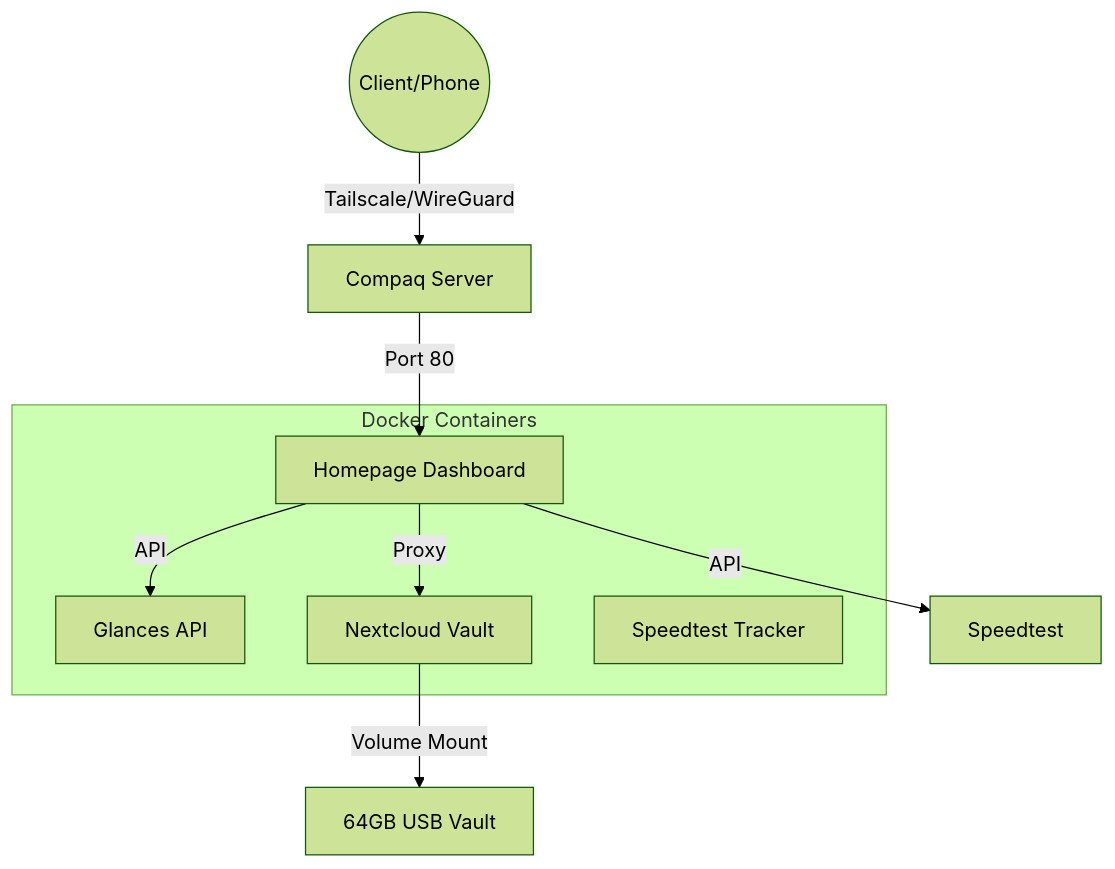
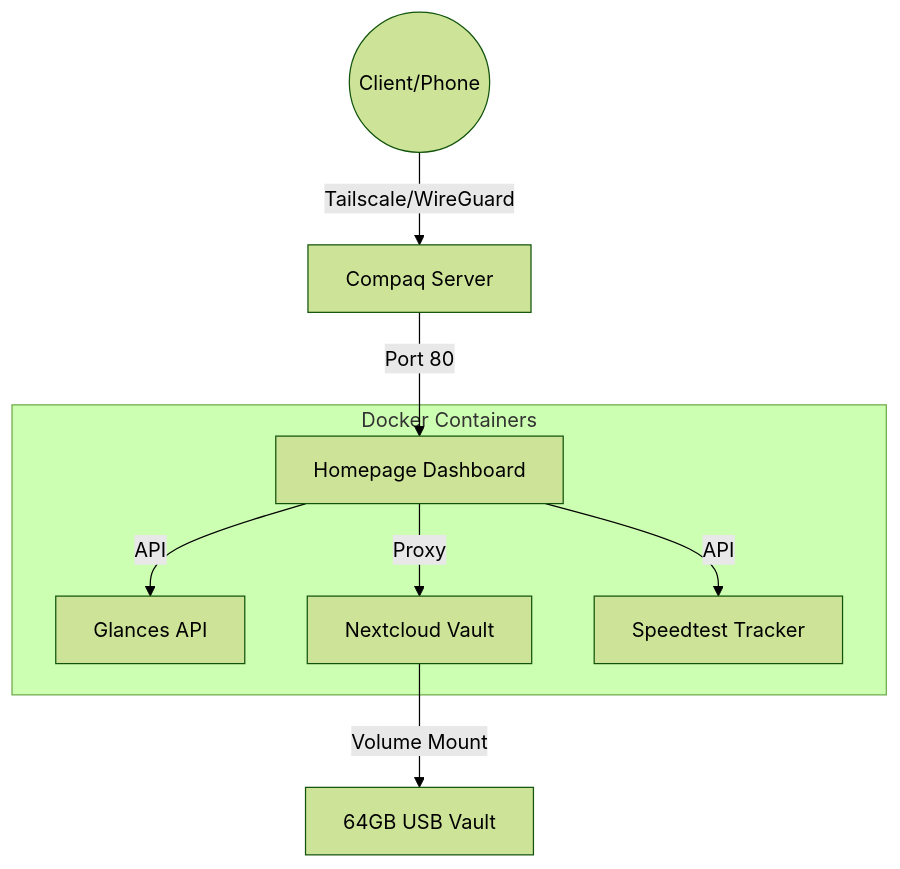
The diagram in README.md (TingRongYou/SelfHostedCommandCenter), drawn with Mermaid (forest theme) before and after one commit.

````diff
--- a/README.md
+++ b/README.md
@@ -7,15 +7,15 @@
 ```mermaid
 graph TD
     User((Client/Phone)) -- Tailscale/WireGuard --> Server[Compaq Server]
     subgraph Docker Containers
         Homepage[Homepage Dashboard]
         Glances[Glances API]
         Nextcloud[Nextcloud Vault]
-        SpeedTest[Speedtest Tracker]
+        Speedtest[Speedtest Tracker]
     end
     Server -- Port 80 --> Homepage
     Homepage -- API --> Glances
     Homepage -- Proxy --> Nextcloud
     Homepage -- API --> Speedtest
     Nextcloud -- Volume Mount --> USB[64GB USB Vault]
 ```
````
